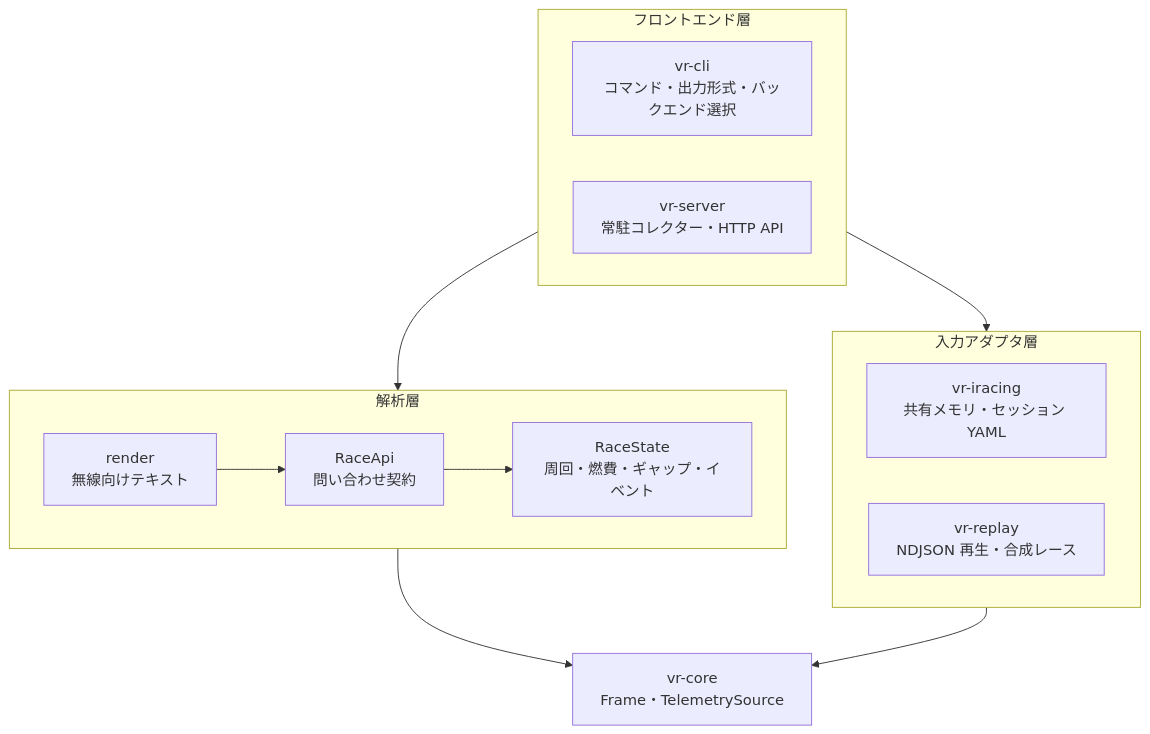
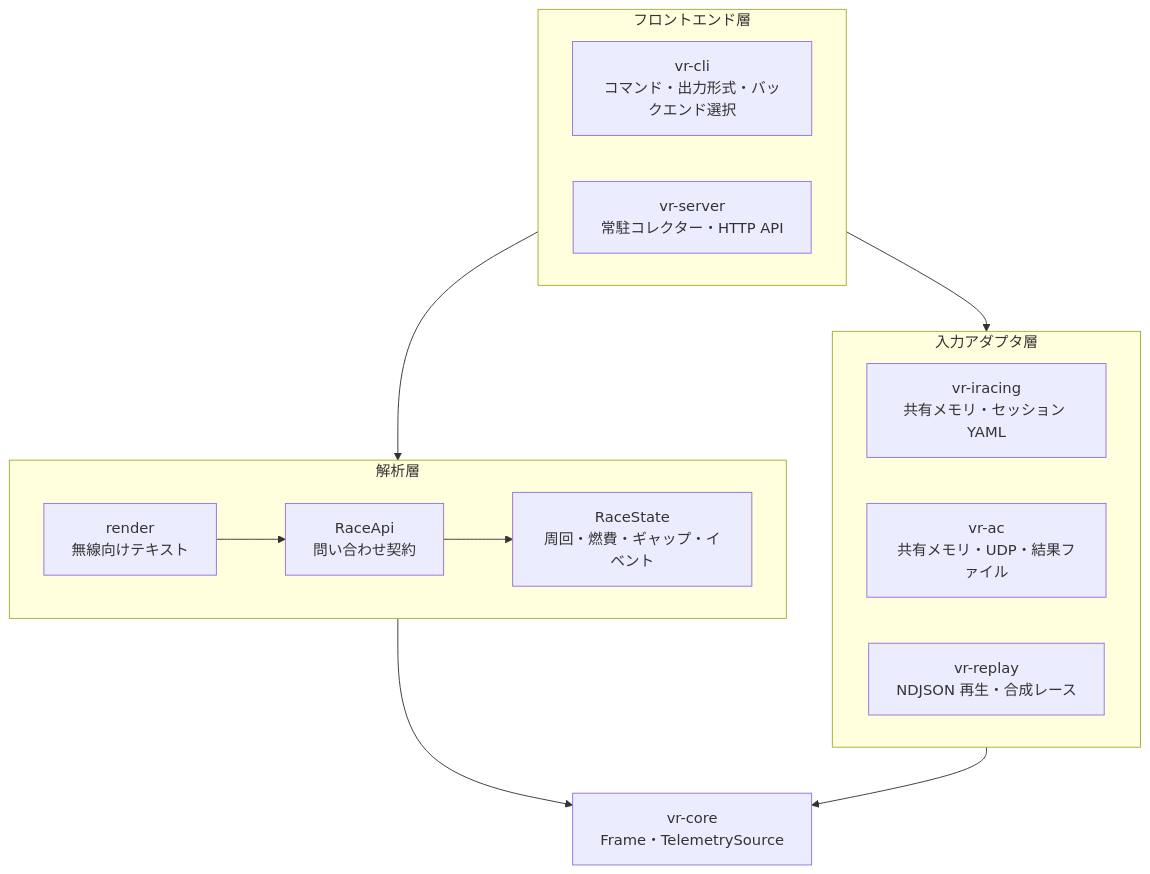
Before and after one commit to r4ai/vibe-racing: the first of 5 diagrams in docs/architecture.md, drawn with Mermaid. The commit also changed other lines of this file and 35 other files, not shown here.

````diff
--- a/docs/architecture.md
+++ b/docs/architecture.md
@@ -46,24 +46,25 @@
 ```mermaid
 flowchart TB
     subgraph Frontend["フロントエンド層"]
         CLI["vr-cli<br/>コマンド・出力形式・バックエンド選択"]
         Server["vr-server<br/>常駐コレクター・HTTP API"]
     end
     subgraph Analysis["解析層"]
         Api["RaceApi<br/>問い合わせ契約"]
         State["RaceState<br/>周回・燃費・ギャップ・イベント"]
         Render["render<br/>無線向けテキスト"]
         Api --> State
         Render --> Api
     end
     subgraph Adapter["入力アダプタ層"]
         IR["vr-iracing<br/>共有メモリ・セッション YAML"]
+        AC["vr-ac<br/>共有メモリ・UDP・結果ファイル"]
         Replay["vr-replay<br/>NDJSON 再生・合成レース"]
     end
     Core["vr-core<br/>Frame・TelemetrySource"]
 
     Frontend --> Analysis
     Frontend --> Adapter
     Analysis --> Core
     Adapter --> Core
 ```
````
